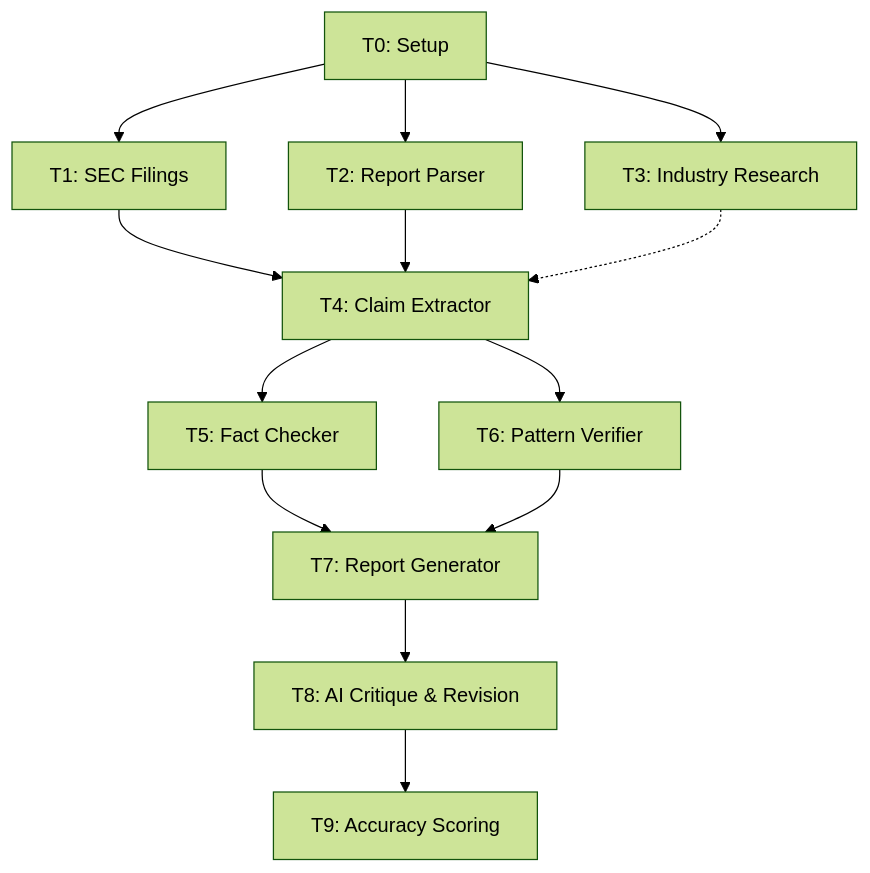
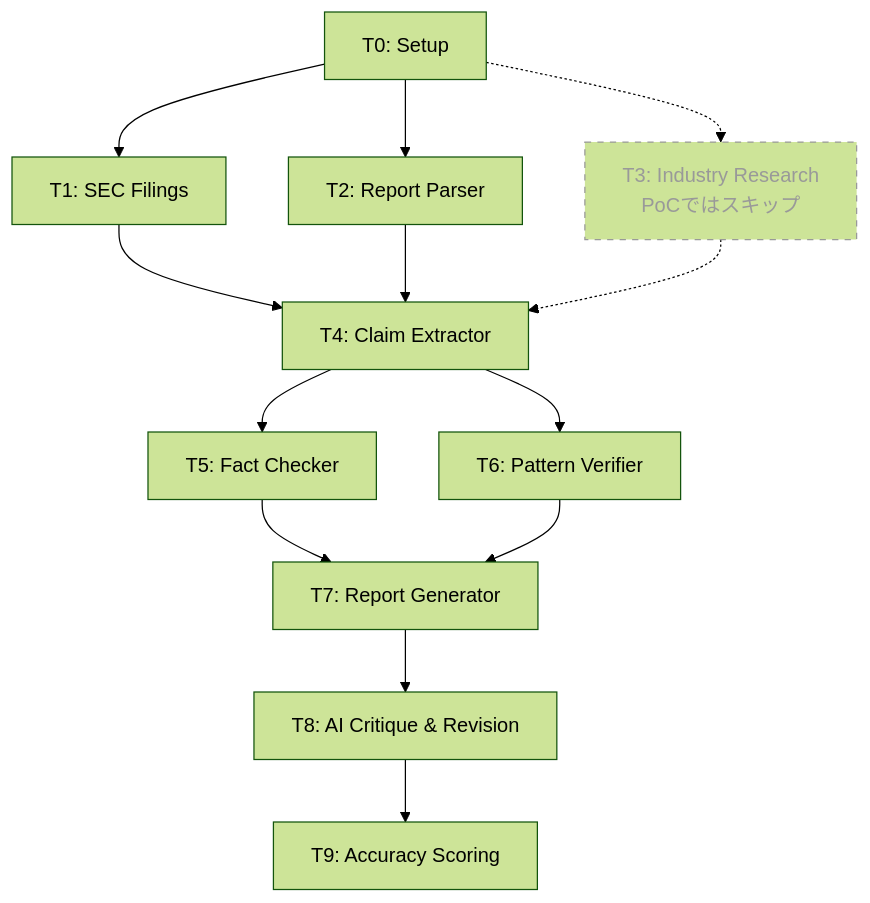
One commit to YH-05/finance changed the diagram in .claude/skills/ca-eval/SKILL.md. Above: the diagram before and after it, drawn with Mermaid (forest theme). The commit also changed other lines of this file and 12 other files, not shown here.

````diff
--- a/.claude/skills/ca-eval/SKILL.md
+++ b/.claude/skills/ca-eval/SKILL.md
@@ -76,15 +99,16 @@
 ```mermaid
 graph TD
     T0[T0: Setup] --> T1[T1: SEC Filings]
     T0 --> T2[T2: Report Parser]
-    T0 --> T3[T3: Industry Research]
+    T0 -.-> T3[T3: Industry Research<br/>PoCではスキップ]
     T1 --> T4[T4: Claim Extractor]
     T2 --> T4
     T3 -.-> T4
     T4 --> T5[T5: Fact Checker]
     T4 --> T6[T6: Pattern Verifier]
     T5 --> T7[T7: Report Generator]
     T6 --> T7
     T7 --> T8[T8: AI Critique & Revision]
     T8 --> T9[T9: Accuracy Scoring]
+    style T3 stroke-dasharray: 5 5,stroke:#999,color:#999
 ```
````
